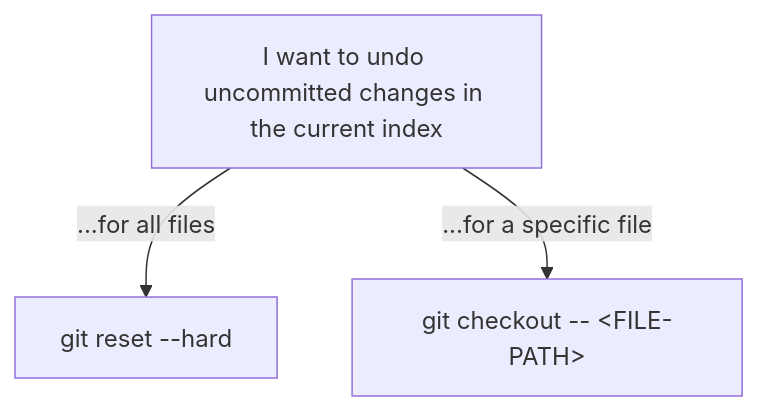
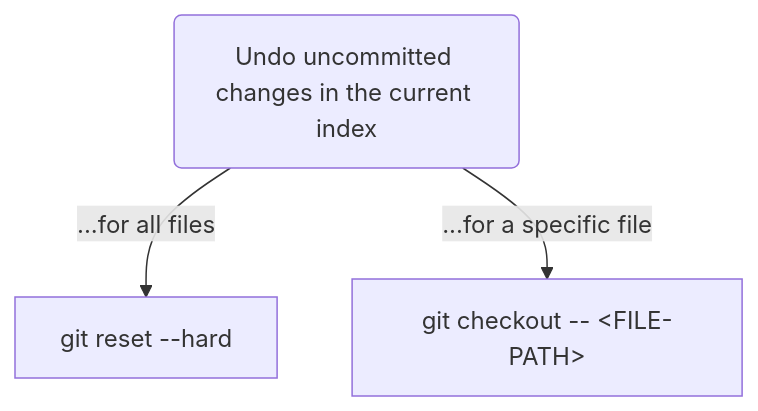
Before and after one commit to conorhamill36/conorhamill36.github.io: the second of 4 diagrams in _drafts/2024-06-26-git-undo.md, drawn with Mermaid. The commit also changed other lines of this file, not shown here.

````diff
--- a/_drafts/2024-06-26-git-undo.md
+++ b/_drafts/2024-06-26-git-undo.md
@@ -21,5 +22,5 @@
 ```mermaid
 flowchart TD
-    A[I want to undo uncommitted changes in the current index] -- ...for all files --> B[git reset --hard]
+    A(Undo uncommitted changes in the current index) -- ...for all files --> B[git reset --hard]
     A -- ...for a specific file --> C[git checkout -- &lt;FILE-PATH&gt;]
 ```
````
